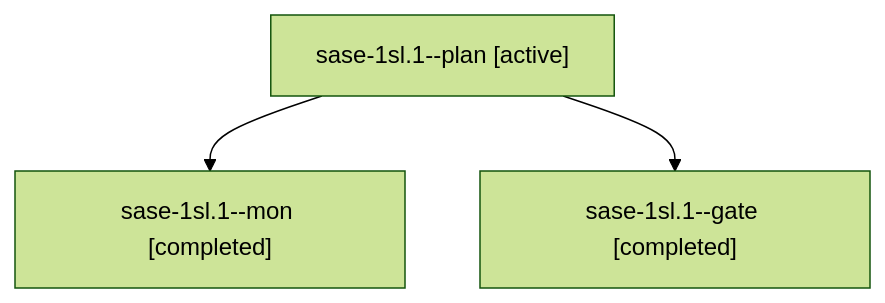
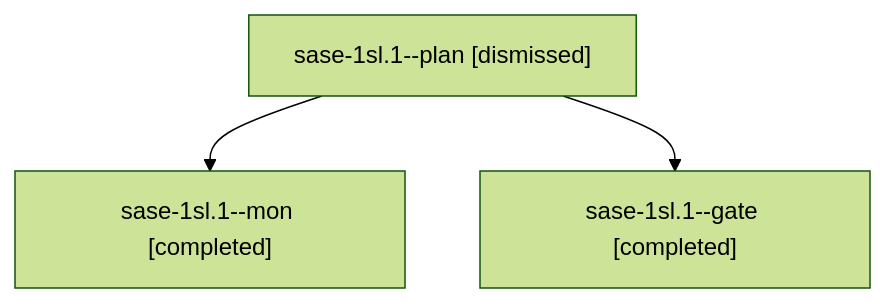
Before and after one commit to sase-org/sase--agents: the diagram in sessions/bbugyi200.athena.sase-1sl.1.md, drawn with Mermaid (forest theme). The commit also changed other lines of this file and 38 other files, not shown here.

````diff
--- a/sessions/bbugyi200.athena.sase-1sl.1.md
+++ b/sessions/bbugyi200.athena.sase-1sl.1.md
@@ -9,8 +9,8 @@
 ```mermaid
 flowchart TD
-  n0["sase-1sl.1--plan [active]"]
+  n0["sase-1sl.1--plan [dismissed]"]
   n1["sase-1sl.1--mon [completed]"]
   n0 --> n1
   n2["sase-1sl.1--gate [completed]"]
   n0 --> n2
 ```
````
